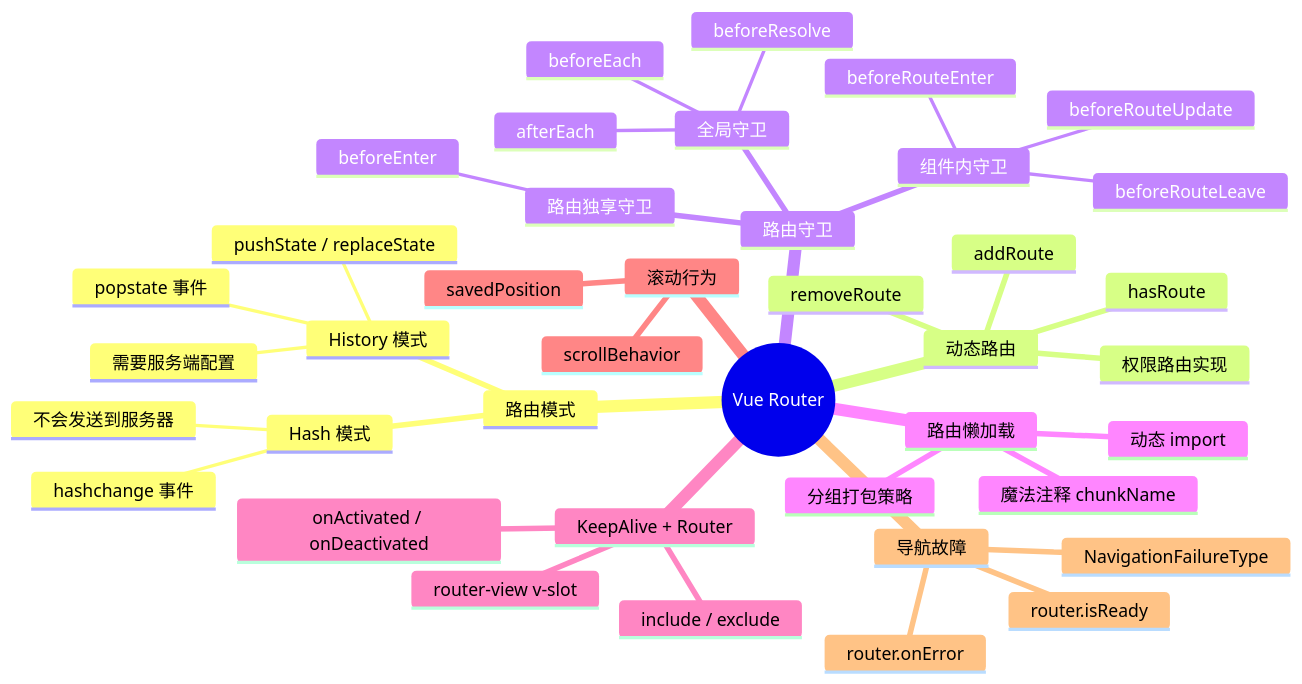
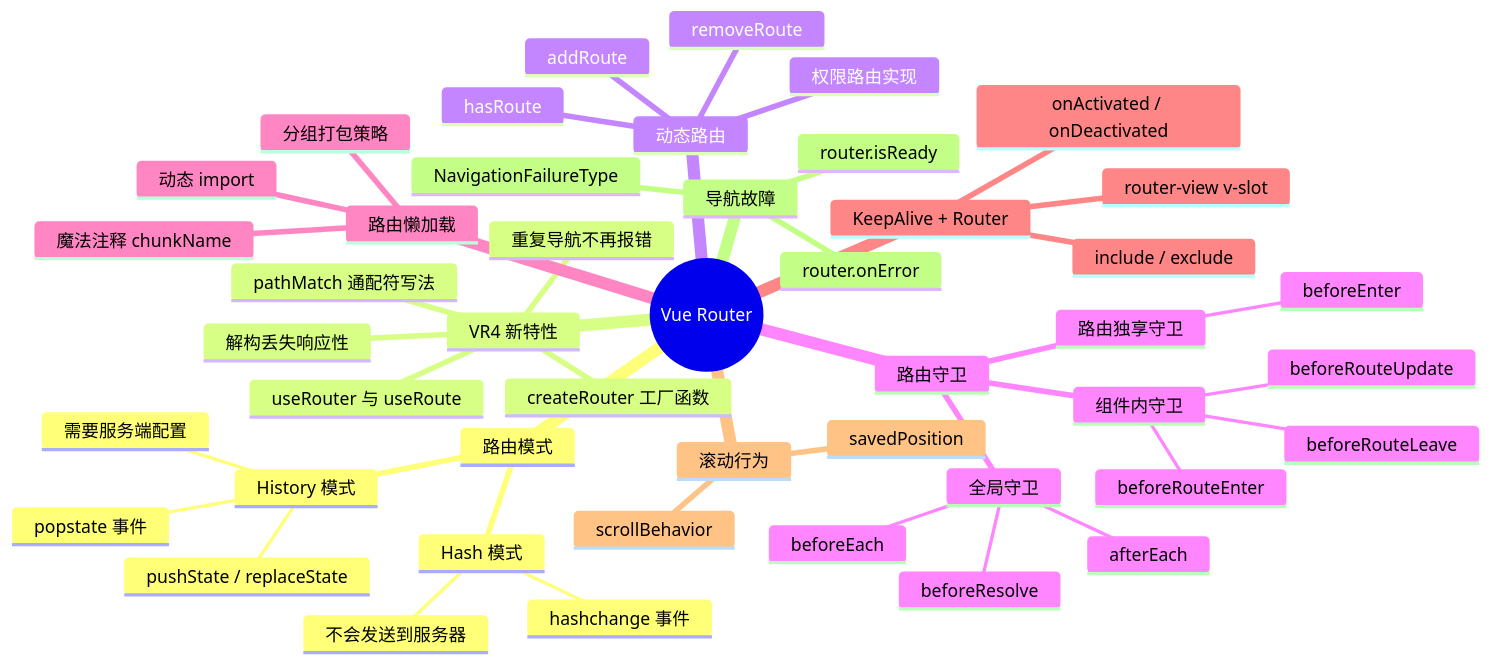
One commit to zjh42139/interview-notes changed the diagram in docs/VueRouter/index.md. Above: the diagram before and after it, drawn with Mermaid. The commit also changed other lines of this file and 118 other files, not shown here.

````diff
--- a/docs/VueRouter/index.md
+++ b/docs/VueRouter/index.md
@@ -9,43 +9,49 @@
 ```mermaid
 mindmap
   root((Vue Router))
     路由模式
       Hash 模式
         hashchange 事件
         不会发送到服务器
       History 模式
         pushState / replaceState
         popstate 事件
         需要服务端配置
+    VR4 新特性
+      createRouter 工厂函数
+      pathMatch 通配符写法
+      useRouter 与 useRoute
+      解构丢失响应性
+      重复导航不再报错
     动态路由
       addRoute
       removeRoute
       hasRoute
       权限路由实现
     路由守卫
       全局守卫
         beforeEach
         beforeResolve
         afterEach
       路由独享守卫
         beforeEnter
       组件内守卫
         beforeRouteEnter
         beforeRouteUpdate
         beforeRouteLeave
     路由懒加载
       动态 import
       魔法注释 chunkName
       分组打包策略
     KeepAlive + Router
       router-view v-slot
       include / exclude
       onActivated / onDeactivated
     滚动行为
       scrollBehavior
       savedPosition
     导航故障
       NavigationFailureType
       router.isReady
       router.onError
 ```
````
